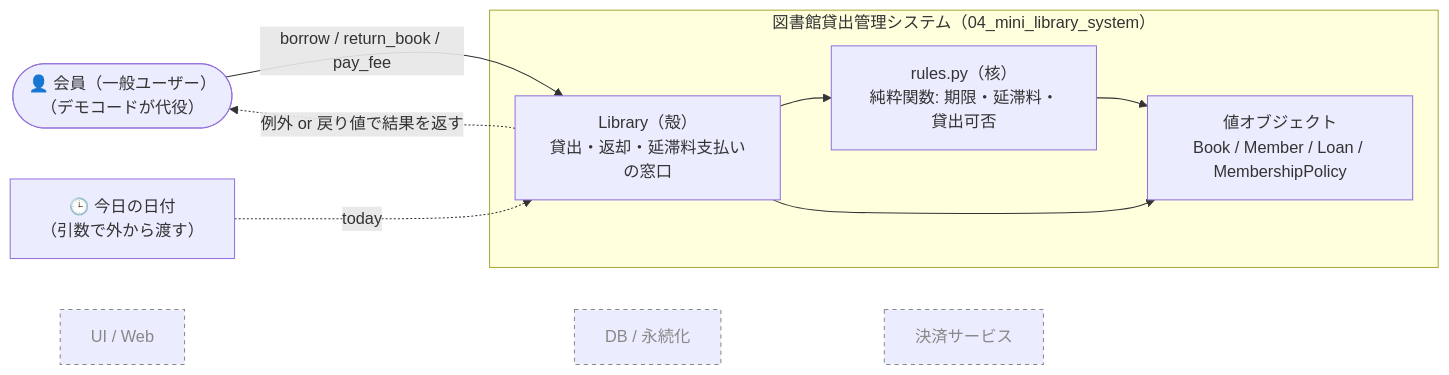
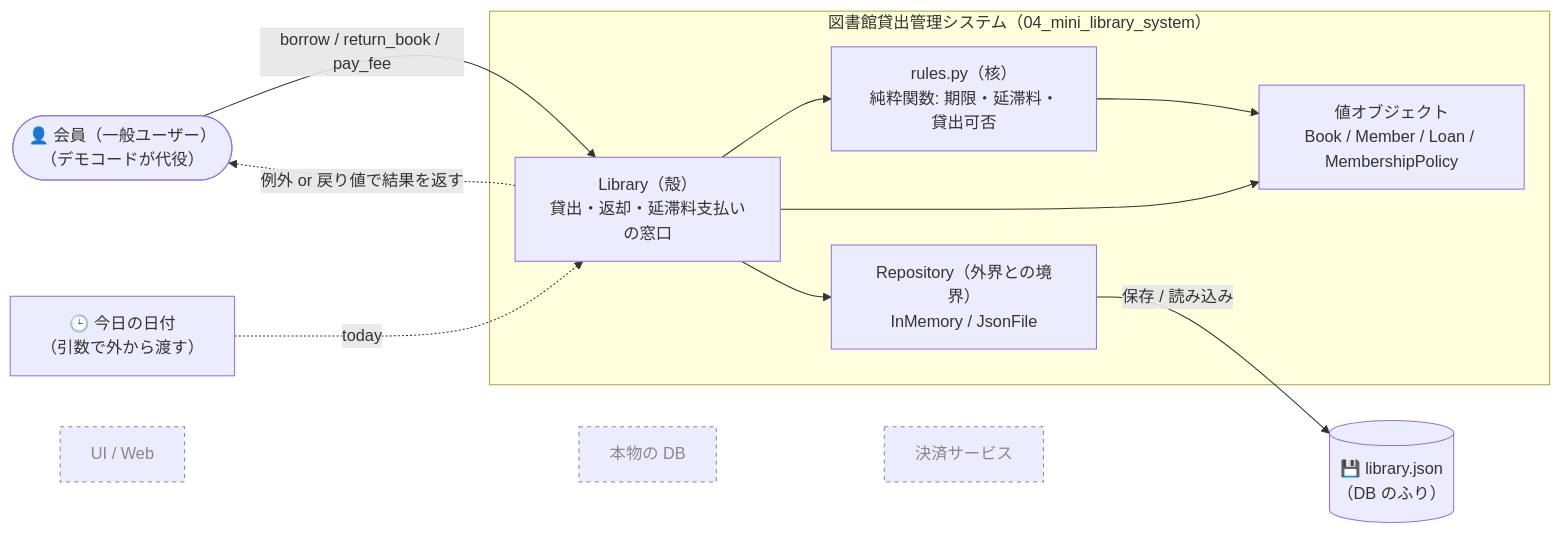
The first of 9 diagrams in 04_mini_library_system/DESIGN.md (satoru-o/oop-learning-sandbox), drawn with Mermaid before and after one commit. The commit also changed other lines of this file and 16 other files, not shown here.

````diff
--- a/04_mini_library_system/DESIGN.md
+++ b/04_mini_library_system/DESIGN.md
@@ -30,25 +34,29 @@
 ```mermaid
 flowchart LR
     user(["👤 会員（一般ユーザー）<br/>（デモコードが代役）"])
 
     subgraph system["図書館貸出管理システム（04_mini_library_system）"]
         library["Library（殻）<br/>貸出・返却・延滞料支払いの窓口"]
         rules["rules.py（核）<br/>純粋関数: 期限・延滞料・貸出可否"]
         domain["値オブジェクト<br/>Book / Member / Loan / MembershipPolicy"]
         library --> rules
         library --> domain
         rules --> domain
+        repo["Repository（外界との境界）<br/>InMemory / JsonFile"]
+        library --> repo
     end
 
     clock["🕒 今日の日付<br/>（引数で外から渡す）"]
+    file[("💾 library.json<br/>（DB のふり）")]
     ui["UI / Web"]:::out
-    db["DB / 永続化"]:::out
+    db["本物の DB"]:::out
     pay["決済サービス"]:::out
 
     user -- "borrow / return_book / pay_fee" --> library
     clock -. "today" .-> library
+    repo -- "保存 / 読み込み" --> file
     library -. "例外 or 戻り値で結果を返す" .-> user
     ui ~~~ db ~~~ pay
 
     classDef out stroke-dasharray: 4 4,color:#888,stroke:#888;
 ```
````
